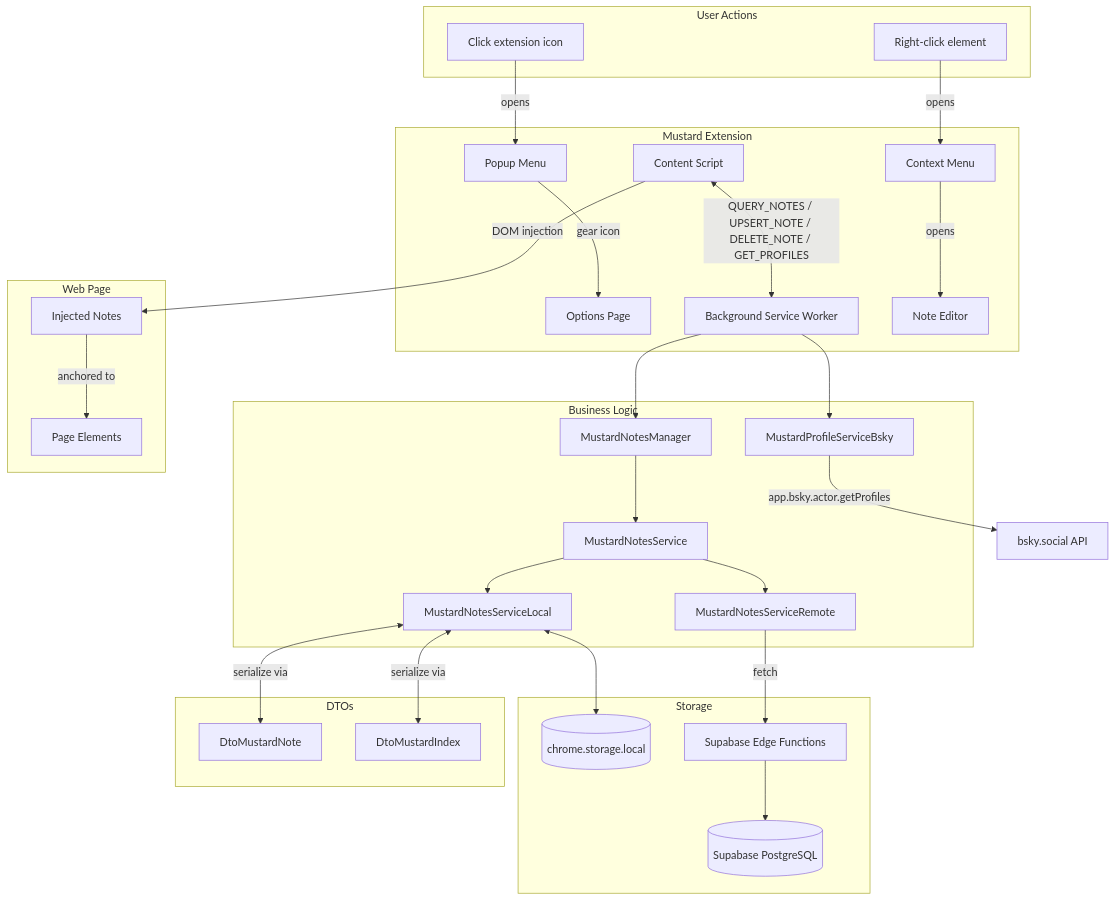
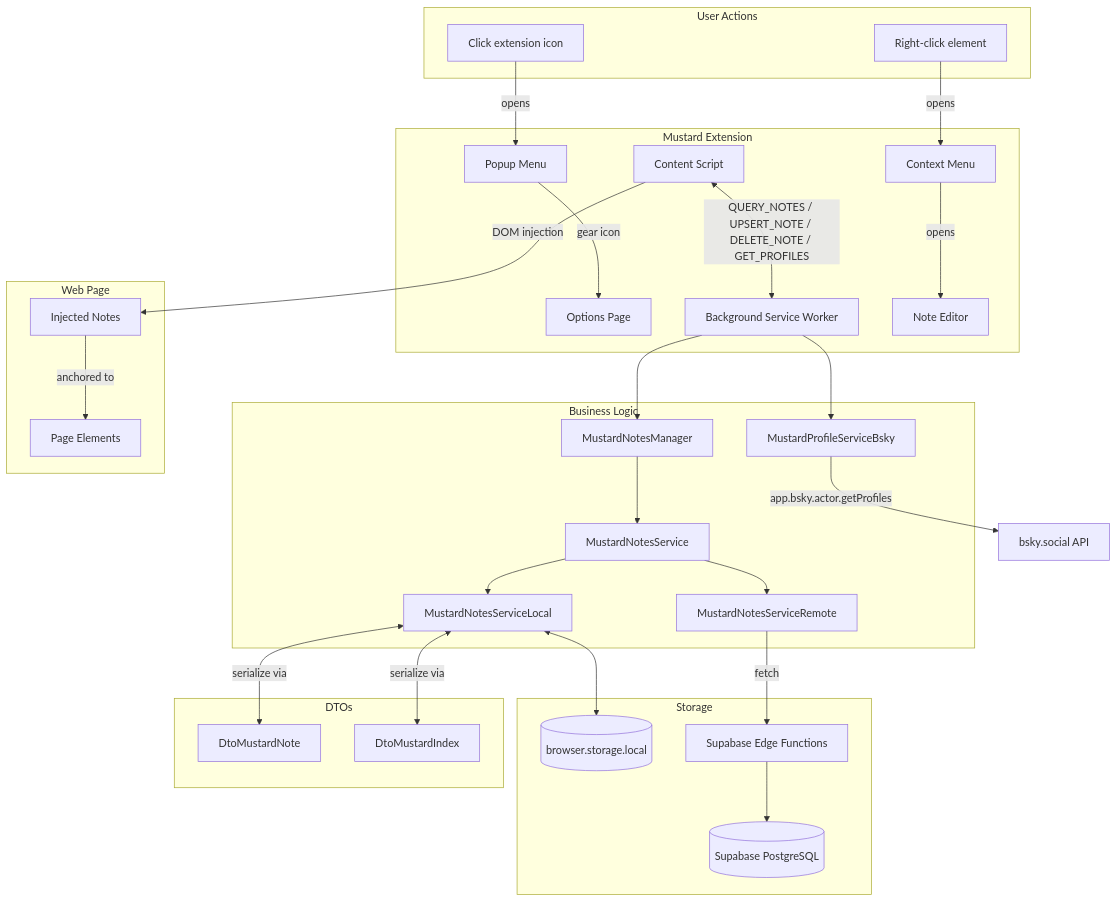
The first of 2 diagrams in PROGRESS.md (fettstorch/mustard), drawn with Mermaid before and after one commit. The commit also changed other lines of this file and 4 other files, not shown here.

````diff
--- a/PROGRESS.md
+++ b/PROGRESS.md
@@ -7,64 +7,64 @@
 ```mermaid
 flowchart TB
     subgraph User["User Actions"]
         Click["Click extension icon"]
         RightClick["Right-click element"]
     end
 
     subgraph Extension["Mustard Extension"]
         Popup["Popup Menu"]
         Options["Options Page"]
         BG["Background Service Worker"]
         CS["Content Script"]
         CtxMenu["Context Menu"]
         NoteEditor["Note Editor"]
     end
 
     subgraph Business["Business Logic"]
         Manager["MustardNotesManager"]
         ServiceInterface["MustardNotesService"]
         LocalService["MustardNotesServiceLocal"]
         RemoteService["MustardNotesServiceRemote"]
         ProfileService["MustardProfileServiceBsky"]
     end
 
     subgraph Storage["Storage"]
-        ChromeStorage[("chrome.storage.local")]
+        ChromeStorage[("browser.storage.local")]
         Supabase["Supabase Edge Functions"]
         DB[("Supabase PostgreSQL")]
     end
 
     subgraph DTOs["DTOs"]
         DtoNote["DtoMustardNote"]
         DtoIndex["DtoMustardIndex"]
     end
 
     subgraph Page["Web Page"]
         Elements["Page Elements"]
         Notes["Injected Notes"]
     end
 
     Click -->|"opens"| Popup
     Popup -->|"gear icon"| Options
     RightClick -->|"opens"| CtxMenu
     CtxMenu -->|"opens"| NoteEditor
 
     CS <-->|"QUERY_NOTES / UPSERT_NOTE / DELETE_NOTE / GET_PROFILES"| BG
     BG --> Manager
     BG --> ProfileService
     ProfileService -->|"app.bsky.actor.getProfiles"| BSkyAPI["bsky.social API"]
     Manager --> ServiceInterface
     ServiceInterface --> LocalService
     ServiceInterface --> RemoteService
 
     LocalService <-->|"serialize via"| DtoNote
     LocalService <-->|"serialize via"| DtoIndex
     LocalService <--> ChromeStorage
 
     RemoteService -->|"fetch"| Supabase
     Supabase --> DB
 
     CS -->|"DOM injection"| Notes
     Notes -->|"anchored to"| Elements
 
 ```
````
